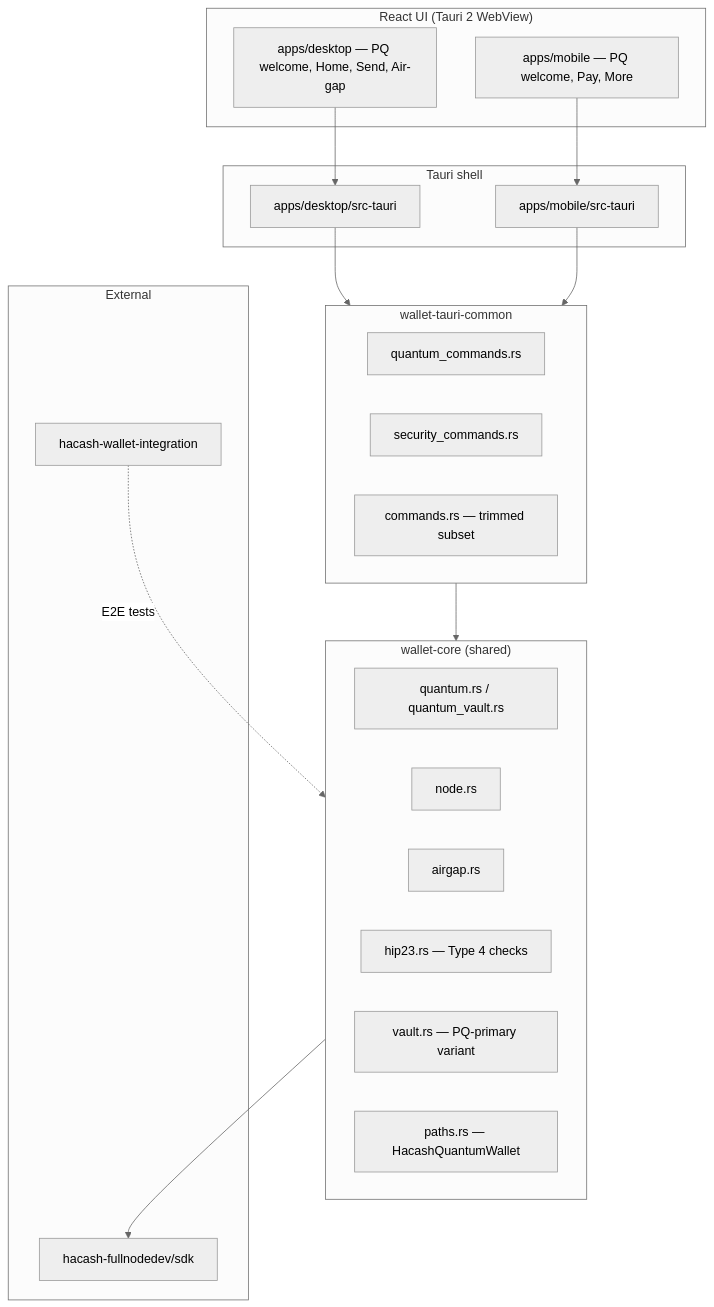
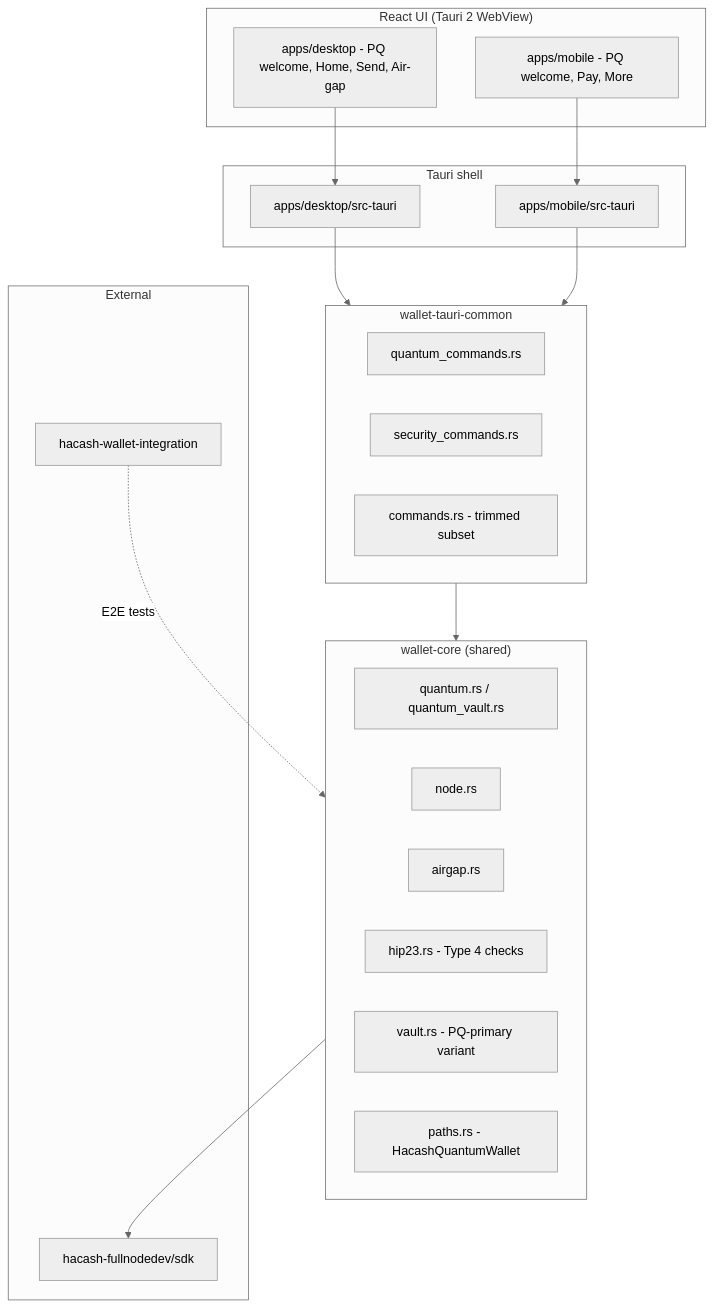
One commit to Moskyera/hacash-wallet changed the second of 8 diagrams in docs/hacash-quantum-wallet-design.md. Above: the diagram before and after it, drawn with Mermaid (neutral theme). The commit also changed other lines of this file and 94 other files, not shown here.

````diff
--- a/docs/hacash-quantum-wallet-design.md
+++ b/docs/hacash-quantum-wallet-design.md
@@ -100,40 +100,40 @@
 ```mermaid
 flowchart TB
     subgraph UI["React UI (Tauri 2 WebView)"]
-        D["apps/desktop — PQ welcome, Home, Send, Air-gap"]
-        M["apps/mobile — PQ welcome, Pay, More"]
+        D["apps/desktop - PQ welcome, Home, Send, Air-gap"]
+        M["apps/mobile - PQ welcome, Pay, More"]
     end
 
     subgraph Shell["Tauri shell"]
         DT["apps/desktop/src-tauri"]
         MT["apps/mobile/src-tauri"]
     end
 
     subgraph Common["wallet-tauri-common"]
         QC["quantum_commands.rs"]
         SC["security_commands.rs"]
-        CMD["commands.rs — trimmed subset"]
+        CMD["commands.rs - trimmed subset"]
     end
 
     subgraph Core["wallet-core (shared)"]
         Q["quantum.rs / quantum_vault.rs"]
         N["node.rs"]
         A["airgap.rs"]
-        H["hip23.rs — Type 4 checks"]
-        V["vault.rs — PQ-primary variant"]
-        P["paths.rs — HacashQuantumWallet"]
+        H["hip23.rs - Type 4 checks"]
+        V["vault.rs - PQ-primary variant"]
+        P["paths.rs - HacashQuantumWallet"]
     end
 
     subgraph External["External"]
         FN["hacash-fullnodedev/sdk"]
         INT["hacash-wallet-integration"]
     end
 
     D --> DT
     M --> MT
     DT --> Common
     MT --> Common
     Common --> Core
     Core --> FN
     INT -.->|"E2E tests"| Core
 ```
````
